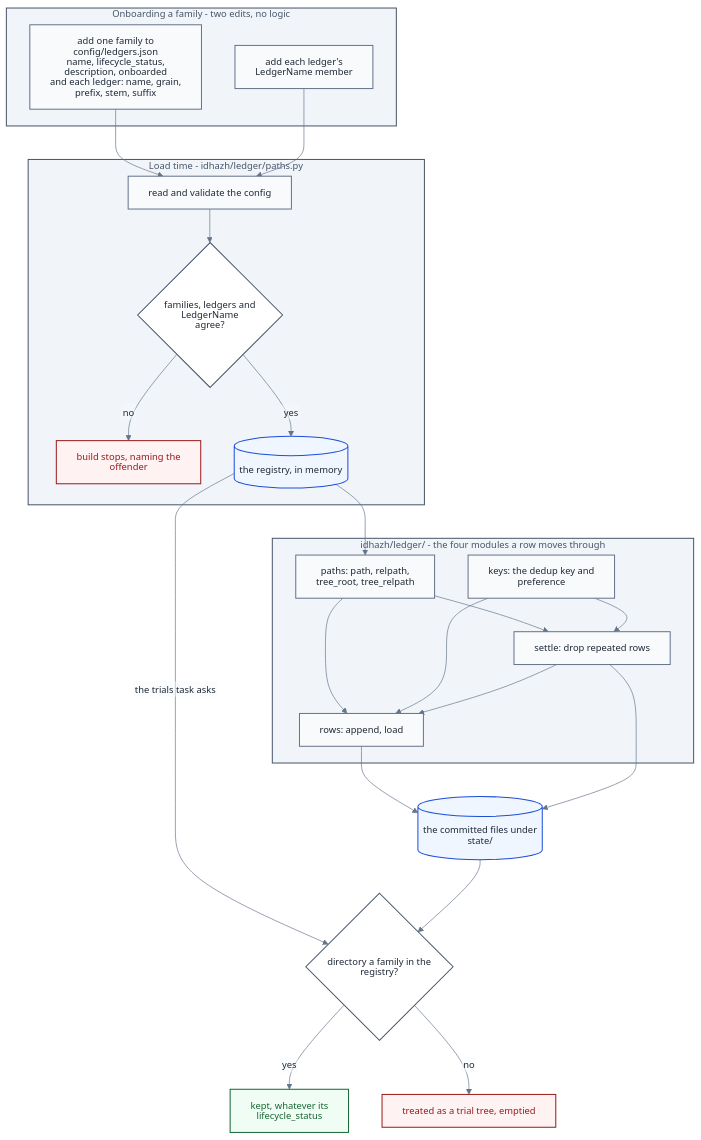
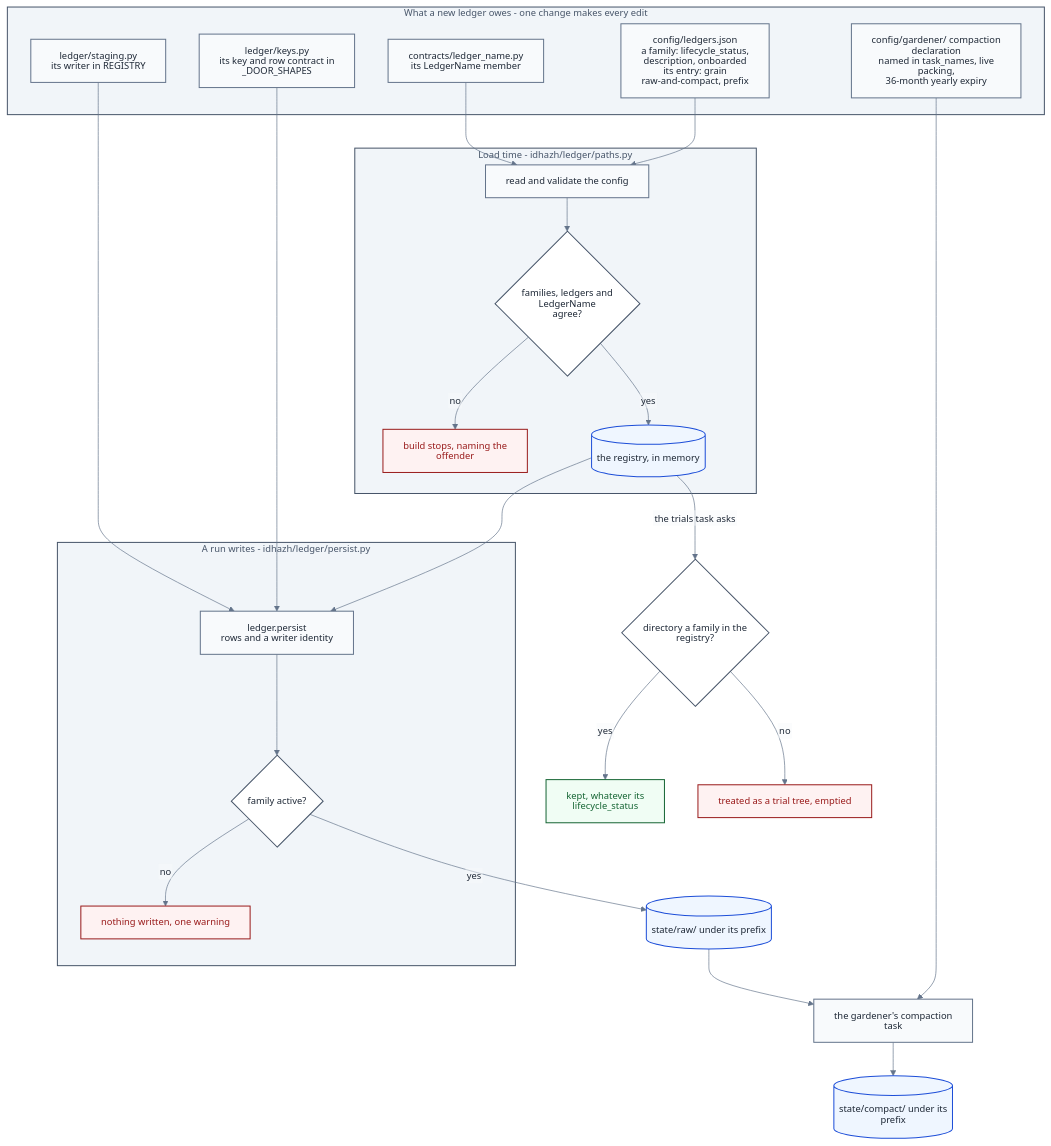
Before and after one commit to miztiik/yen-idhazh: the diagram in docs/architecture/contracts/ledger-registry.md, drawn with Mermaid. The commit also changed other lines of this file and 31 other files, not shown here.

First line of the commit message:
The CSV ledger pages go, and the registry says what a new ledger owes

````diff
--- a/docs/architecture/contracts/ledger-registry.md
+++ b/docs/architecture/contracts/ledger-registry.md
@@ -132,59 +127,63 @@
 ```mermaid
 %%{init: {"theme": "base", "htmlLabels": false, "themeVariables": {"background": "#ffffff", "primaryColor": "#f8fafc", "primaryTextColor": "#1f2937", "primaryBorderColor": "#64748b", "lineColor": "#64748b", "textColor": "#1f2937", "clusterBkg": "#f1f5f9", "clusterBorder": "#64748b", "titleColor": "#1f2937", "edgeLabelBackground": "#f8fafc", "fontSize": "14px"}}}%%
 flowchart TB
-  subgraph ONBOARD["Onboarding a family - two edits, no logic"]
-    ENTRY["add one family to config/ledgers.json<br/>name, lifecycle_status, description, onboarded<br/>and each ledger: name, grain, prefix, stem, suffix"]
-    MEMBER["add each ledger's LedgerName member"]
+  subgraph ONBOARD["What a new ledger owes - one change makes every edit"]
+    ENTRY["config/ledgers.json<br/>a family: lifecycle_status, description, onboarded<br/>its entry: grain raw-and-compact, prefix"]
+    MEMBER["contracts/ledger_name.py<br/>its LedgerName member"]
+    SHAPE["ledger/keys.py<br/>its key and row contract in _DOOR_SHAPES"]
+    STAGE["ledger/staging.py<br/>its writer in REGISTRY"]
+    TASK["config/gardener/ compaction declaration<br/>named in task_names, live packing,<br/>36-month yearly expiry"]
   end
 
   subgraph LOAD["Load time - idhazh/ledger/paths.py"]
     READ["read and validate the config"]
     BIJ{"families, ledgers and LedgerName<br/>agree?"}
     REFUSE["build stops, naming the offender"]
     REG[("the registry, in memory")]
   end
 
-  subgraph DOOR["idhazh/ledger/ - the four modules a row moves through"]
-    PATHS["paths: path, relpath, tree_root, tree_relpath"]
-    KEYS["keys: the dedup key and preference"]
-    ROWS["rows: append, load"]
-    SETTLE["settle: drop repeated rows"]
+  subgraph WRITE["A run writes - idhazh/ledger/persist.py"]
+    PERSIST["ledger.persist<br/>rows and a writer identity"]
+    STATUS{"family active?"}
+    SKIP["nothing written, one warning"]
   end
 
-  TREE[("the committed files under state/")]
+  RAW[("state/raw/ under its prefix")]
+  COMPACT[("state/compact/ under its prefix")]
+  GARDEN["the gardener's compaction task"]
   PRUNE{"directory a family in the registry?"}
   KEEP["kept, whatever its lifecycle_status"]
   EMPTY["treated as a trial tree, emptied"]
 
   ENTRY --> READ
   MEMBER --> READ
   READ --> BIJ
   BIJ -->|"no"| REFUSE
   BIJ -->|"yes"| REG
-  REG --> PATHS
-  PATHS --> ROWS
-  PATHS --> SETTLE
-  KEYS --> ROWS
-  KEYS --> SETTLE
-  SETTLE --> ROWS
-  ROWS --> TREE
-  SETTLE --> TREE
+  REG --> PERSIST
+  SHAPE --> PERSIST
+  STAGE --> PERSIST
+  PERSIST --> STATUS
+  STATUS -->|"no"| SKIP
+  STATUS -->|"yes"| RAW
+  TASK --> GARDEN
+  RAW --> GARDEN
+  GARDEN --> COMPACT
   REG -->|"the trials task asks"| PRUNE
   PRUNE -->|"yes"| KEEP
   PRUNE -->|"no"| EMPTY
-  TREE --> PRUNE
 
   classDef stage fill:#f8fafc,stroke:#64748b,stroke-width:1.5px,color:#1f2937;
   classDef decision fill:#ffffff,stroke:#475569,stroke-width:1.5px,color:#1f2937;
   classDef yes fill:#f0fdf4,stroke:#166534,stroke-width:1.5px,color:#166534;
   classDef no fill:#fef2f2,stroke:#991b1b,stroke-width:1.5px,color:#991b1b;
   classDef ledger fill:#eff6ff,stroke:#1d4ed8,stroke-width:1.5px,color:#1f2937;
   classDef sysOps fill:#f1f5f9,stroke:#475569,stroke-width:1.5px,color:#475569;
 
-  class ENTRY,MEMBER,READ,PATHS,KEYS,ROWS,SETTLE stage;
-  class BIJ,PRUNE decision;
+  class ENTRY,MEMBER,SHAPE,STAGE,TASK,READ,PERSIST,GARDEN stage;
+  class BIJ,STATUS,PRUNE decision;
   class KEEP yes;
-  class REFUSE,EMPTY no;
-  class REG,TREE ledger;
-  class ONBOARD,LOAD,DOOR sysOps;
+  class REFUSE,SKIP,EMPTY no;
+  class REG,RAW,COMPACT ledger;
+  class ONBOARD,LOAD,WRITE sysOps;
 ```
````
